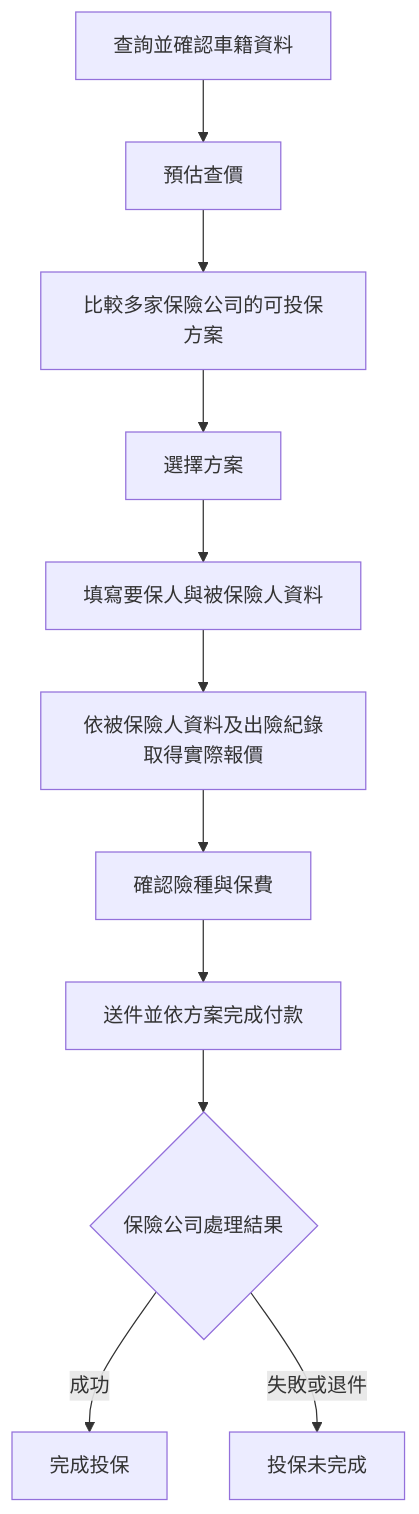
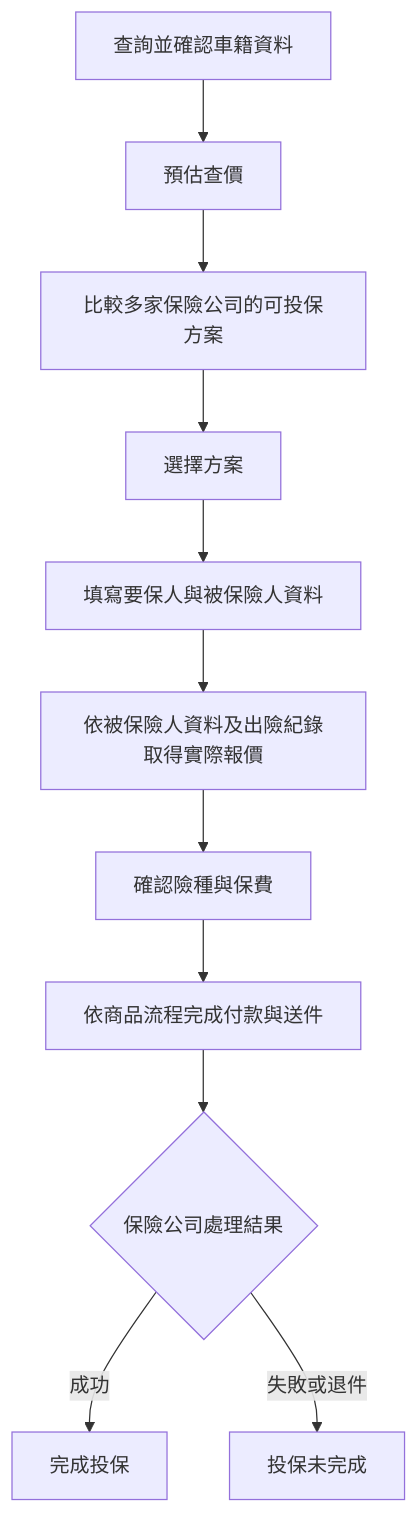
One commit to highhao/insurance-saas-platform changed the first of 3 diagrams in README.md. Above: the diagram before and after it, drawn with Mermaid. The commit also changed other lines of this file, not shown here.

Commit message:
Refine portfolio architecture and presentation

````diff
--- a/README.md
+++ b/README.md
@@ -13,13 +13,13 @@
 ```mermaid
 flowchart TB
     A[查詢並確認車籍資料] --> B[預估查價]
     B --> C[比較多家保險公司的可投保方案]
     C --> D[選擇方案]
     D --> E[填寫要保人與被保險人資料]
     E --> F[依被保險人資料及出險紀錄取得實際報價]
     F --> G[確認險種與保費]
-    G --> H[送件並依方案完成付款]
+    G --> H[依商品流程完成付款與送件]
     H --> I{保險公司處理結果}
     I -->|成功| J[完成投保]
     I -->|失敗或退件| K[投保未完成]
 ```
````
